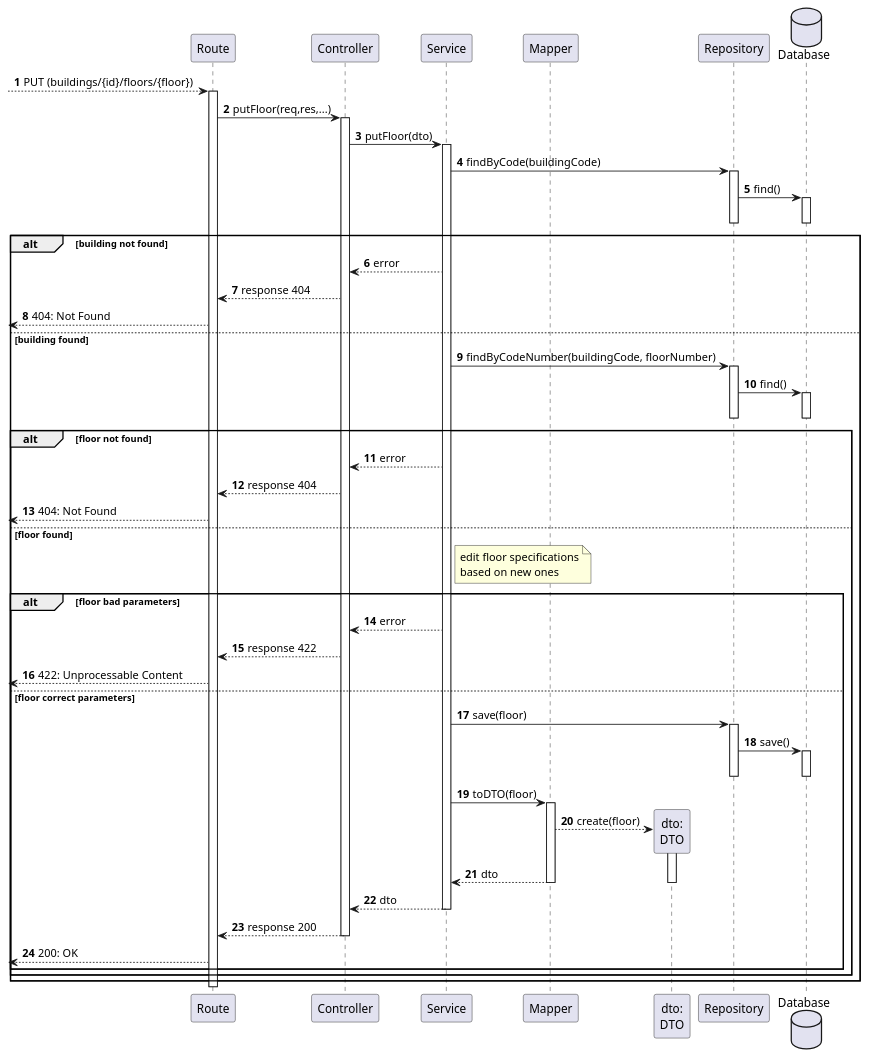
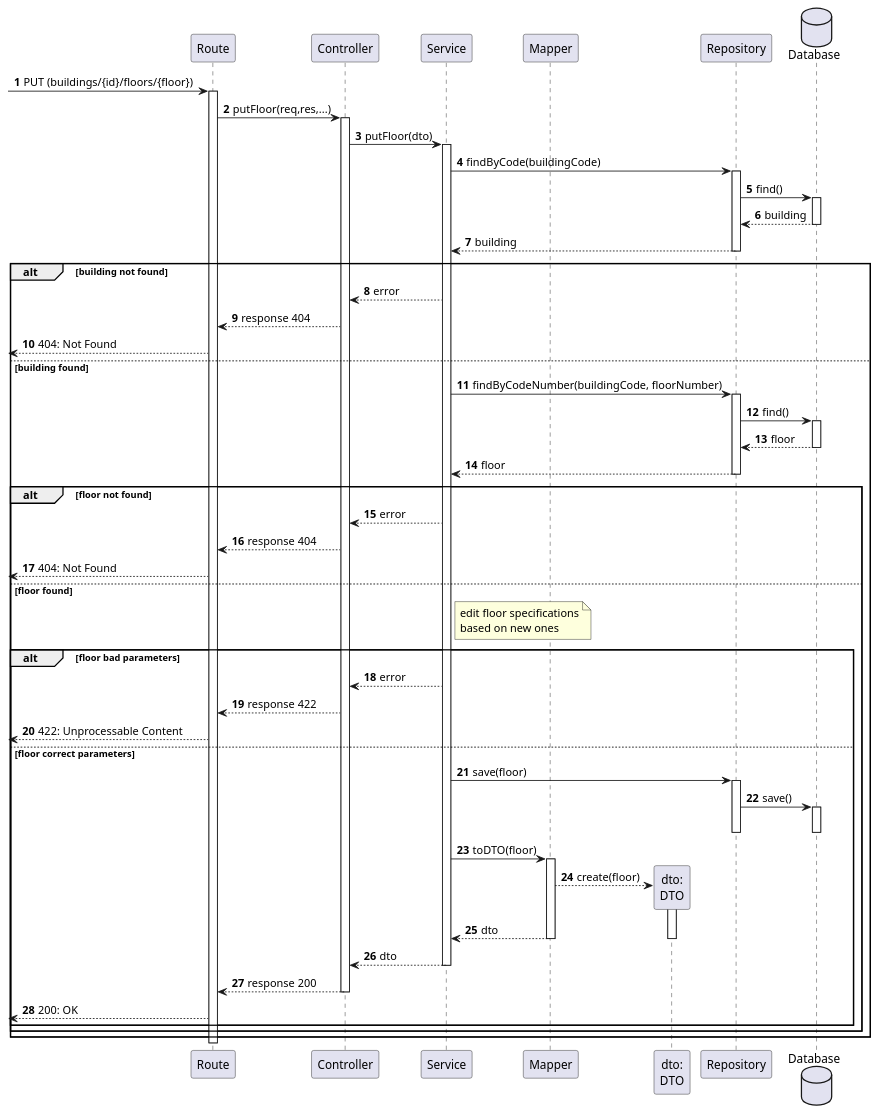
The diagram in docs/us200/level3/process-view-put.puml (Departamento-de-Engenharia-Informatica/lapr5-23-24-g19), drawn with PlantUML before and after one commit. The commit also changed 3 other files, not shown here.

```diff
--- a/docs/us200/level3/process-view-put.puml
+++ b/docs/us200/level3/process-view-put.puml
@@ -1,80 +1,84 @@
 @startuml
 autonumber
 
 
 participant "Route" as r
 participant "Controller" as ctrl
 participant "Service" as svc
 
 
 participant "Mapper" as map
 participant "dto:\nDTO" as dto
 
 participant "Repository" as repo
 database "Database" as db
 
-[--> r: PUT (buildings/{id}/floors/{floor})
+[-> r: PUT (buildings/{id}/floors/{floor})
 activate r
     r -> ctrl : putFloor(req,res,...)
         activate ctrl
             ctrl -> svc : putFloor(dto)
             activate svc
                 svc -> repo : findByCode(buildingCode)
                 activate repo
                     repo -> db : find()
                     activate db
+                        db --> repo : building
                     deactivate db
+                    repo --> svc : building
                 deactivate repo
 
                 alt building not found
                     svc --> ctrl : error
                     ctrl --> r : response 404
                     [<--r : 404: Not Found
                 else building found
                     svc -> repo : findByCodeNumber(buildingCode, floorNumber)
                     activate repo
                         repo -> db : find()
                         activate db
+                            db --> repo : floor
                         deactivate db
+                        repo --> svc : floor
                     deactivate repo
 
                     alt floor not found
                         svc --> ctrl : error
                         ctrl --> r : response 404
                         [<--r : 404: Not Found
                     else floor found
                         note right of svc
                             edit floor specifications
                             based on new ones
                         end note
 
                         alt floor bad parameters
                             svc --> ctrl : error
                             ctrl --> r : response 422
                             [<--r : 422: Unprocessable Content
                         else floor correct parameters
                             svc -> repo : save(floor)
                             activate repo
                                 repo -> db : save()
                                 activate db
                                 deactivate db
                             deactivate repo
 
                             svc -> map : toDTO(floor)
                             activate map
                                 map --> dto **: create(floor)
                                 activate dto
                                     map --> svc : dto
                                 deactivate dto
                             deactivate map
                             svc --> ctrl : dto
                         deactivate svc
                     ctrl --> r : response 200
                 deactivate ctrl
                 [<--r: 200: OK
             end
         end
     end
 deactivate r
 
 @enduml
```
